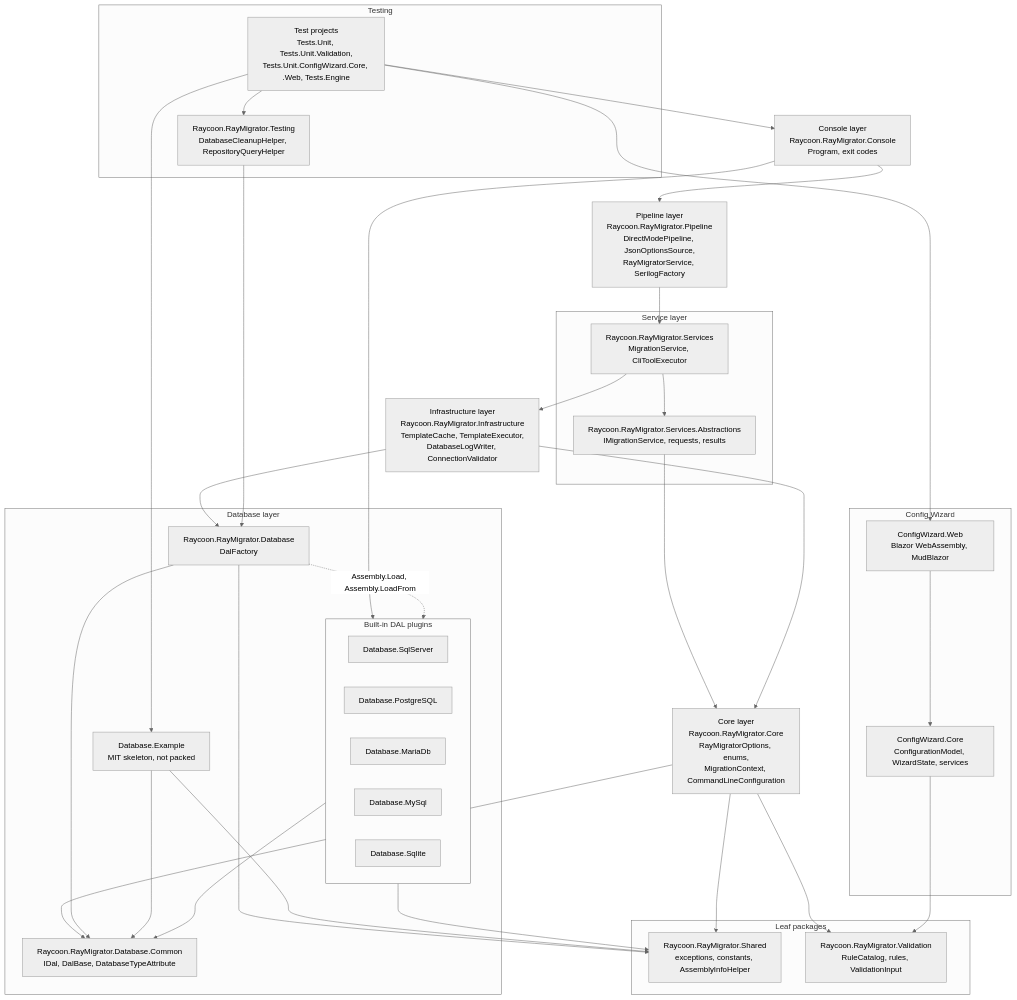
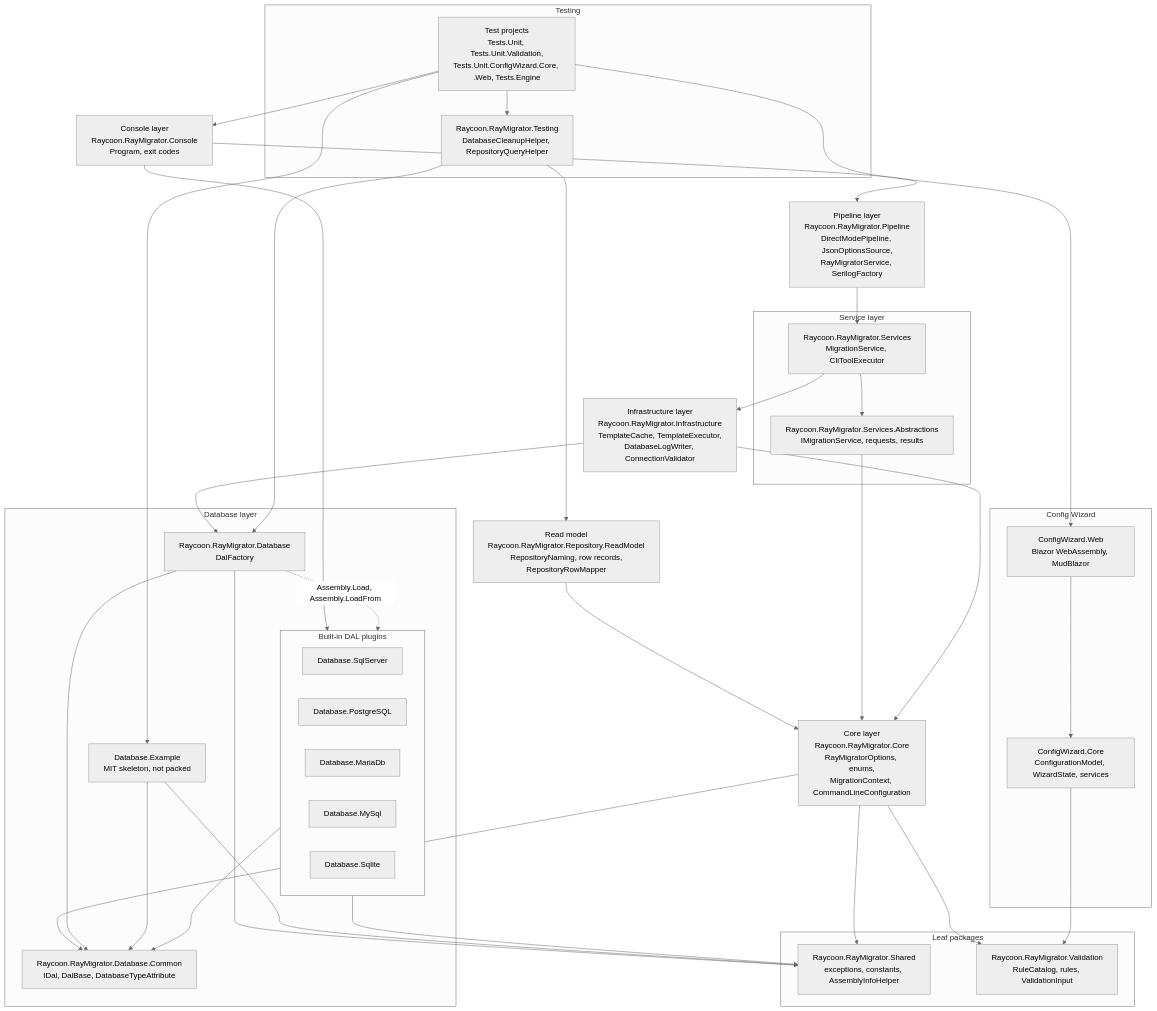
Before and after one commit to RAYCOON/RayMigrator: the first of 2 diagrams in Docs/arc42/05-Building-Block-View.md, drawn with Mermaid (neutral theme). The commit also changed other lines of this file and 40 other files, not shown here.

````diff
--- a/Docs/arc42/05-Building-Block-View.md
+++ b/Docs/arc42/05-Building-Block-View.md
@@ -23,61 +23,64 @@
 ```mermaid
 flowchart TB
     CON[Console layer<br/>Raycoon.RayMigrator.Console<br/>Program, exit codes]
     PIPE[Pipeline layer<br/>Raycoon.RayMigrator.Pipeline<br/>DirectModePipeline, JsonOptionsSource,<br/>RayMigratorService, SerilogFactory]
     subgraph L_SVC[Service layer]
         SVC[Raycoon.RayMigrator.Services<br/>MigrationService, CliToolExecutor]
         SVCA[Raycoon.RayMigrator.Services.Abstractions<br/>IMigrationService, requests, results]
     end
     INFRA[Infrastructure layer<br/>Raycoon.RayMigrator.Infrastructure<br/>TemplateCache, TemplateExecutor,<br/>DatabaseLogWriter, ConnectionValidator]
     CORE[Core layer<br/>Raycoon.RayMigrator.Core<br/>RayMigratorOptions, enums,<br/>MigrationContext, CommandLineConfiguration]
+    READMODEL[Read model<br/>Raycoon.RayMigrator.Repository.ReadModel<br/>RepositoryNaming, row records,<br/>RepositoryRowMapper]
     subgraph L_DB[Database layer]
         DB[Raycoon.RayMigrator.Database<br/>DalFactory]
         subgraph PLUG[Built-in DAL plugins]
             SQL[Database.SqlServer]
             PG[Database.PostgreSQL]
             MDB[Database.MariaDb]
             MY[Database.MySql]
             LITE[Database.Sqlite]
         end
         EX[Database.Example<br/>MIT skeleton, not packed]
         COMMON[Raycoon.RayMigrator.Database.Common<br/>IDal, DalBase, DatabaseTypeAttribute]
     end
     subgraph L_LEAF[Leaf packages]
         SHARED[Raycoon.RayMigrator.Shared<br/>exceptions, constants, AssemblyInfoHelper]
         VAL[Raycoon.RayMigrator.Validation<br/>RuleCatalog, rules, ValidationInput]
     end
     subgraph L_CW[Config Wizard]
         CWW[ConfigWizard.Web<br/>Blazor WebAssembly, MudBlazor]
         CWC[ConfigWizard.Core<br/>ConfigurationModel, WizardState, services]
     end
     subgraph L_TEST[Testing]
         TESTING[Raycoon.RayMigrator.Testing<br/>DatabaseCleanupHelper, RepositoryQueryHelper]
         TESTS[Test projects<br/>Tests.Unit, Tests.Unit.Validation,<br/>Tests.Unit.ConfigWizard.Core, .Web, Tests.Engine]
     end
 
     CON --> PIPE
     CON --> PLUG
+    READMODEL --> CORE
+    TESTING --> READMODEL
     PIPE --> SVC
     SVC --> SVCA
     SVC --> INFRA
     SVCA --> CORE
     INFRA --> CORE
     INFRA --> DB
     CORE --> COMMON
     CORE --> SHARED
     CORE --> VAL
     DB --> COMMON
     DB --> SHARED
     PLUG --> COMMON
     PLUG --> SHARED
     EX --> COMMON
     EX --> SHARED
     DB -.->|Assembly.Load, Assembly.LoadFrom| PLUG
     TESTING --> DB
     CWW --> CWC
     CWC --> VAL
     TESTS --> CON
     TESTS --> TESTING
     TESTS --> EX
     TESTS --> CWW
 ```
````
